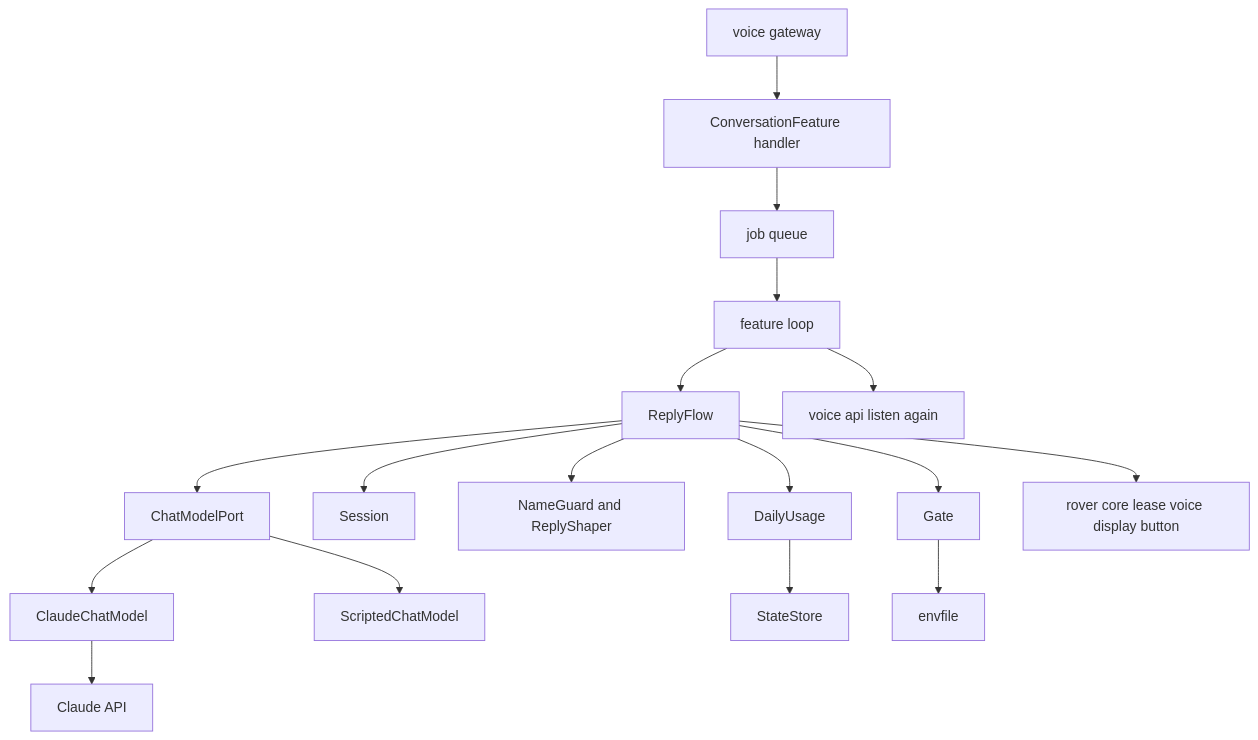
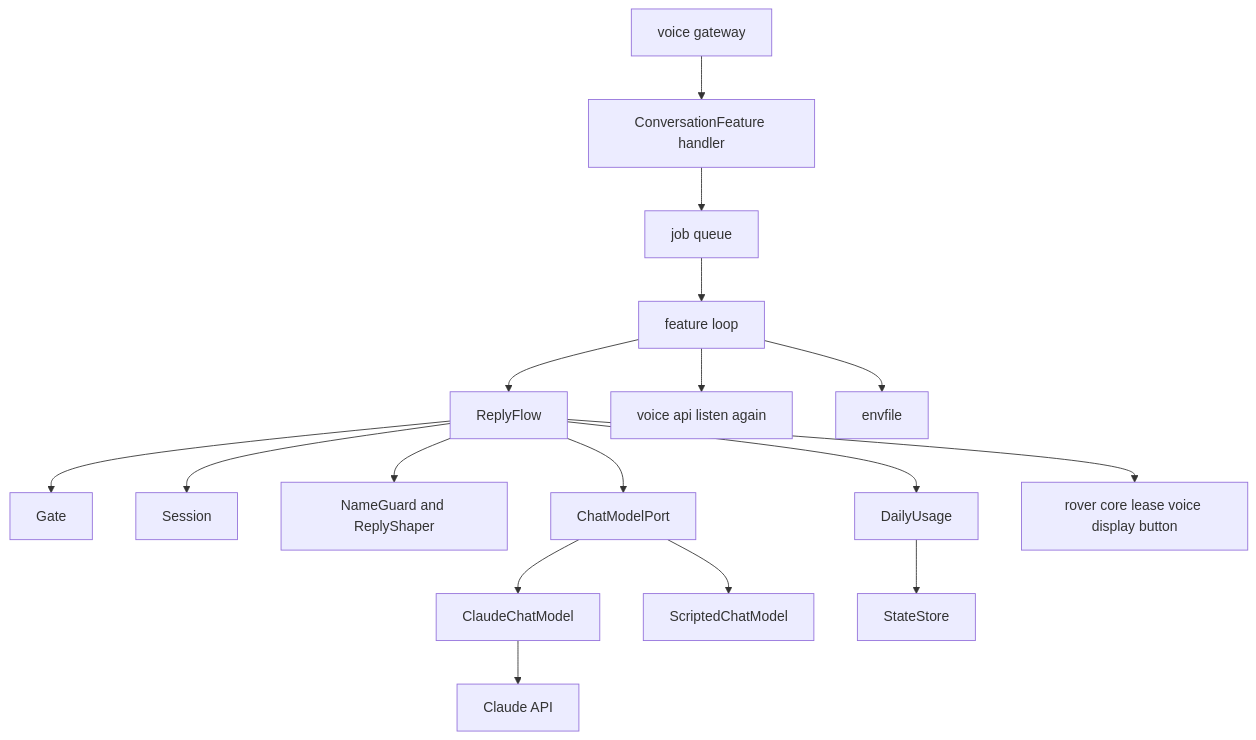
One commit to inakanou/OsekkaiRover changed the first of 3 diagrams in .kiro/specs/conversation/design.md. Above: the diagram before and after it, drawn with Mermaid. The commit also changed 3 other files, not shown here.

````diff
--- a/.kiro/specs/conversation/design.md
+++ b/.kiro/specs/conversation/design.md
@@ -66,19 +66,19 @@
 ```mermaid
 graph TB
     Gateway[voice gateway] --> Handler[ConversationFeature handler]
     Handler --> Queue[job queue]
     Queue --> Loop[feature loop]
     Loop --> Flow[ReplyFlow]
     Flow --> Gate[Gate]
     Flow --> Session[Session]
     Flow --> Names[NameGuard and ReplyShaper]
     Flow --> Usage[DailyUsage]
     Flow --> Port[ChatModelPort]
     Port --> Claude[ClaudeChatModel]
     Port --> Scripted[ScriptedChatModel]
     Claude --> Api[Claude API]
     Flow --> Lease[rover core lease voice display button]
     Usage --> Store[StateStore]
     Loop --> ListenAgain[voice api listen again]
-    Gate --> SetupFile[envfile]
+    Loop --> SetupFile[envfile]
 ```
````
